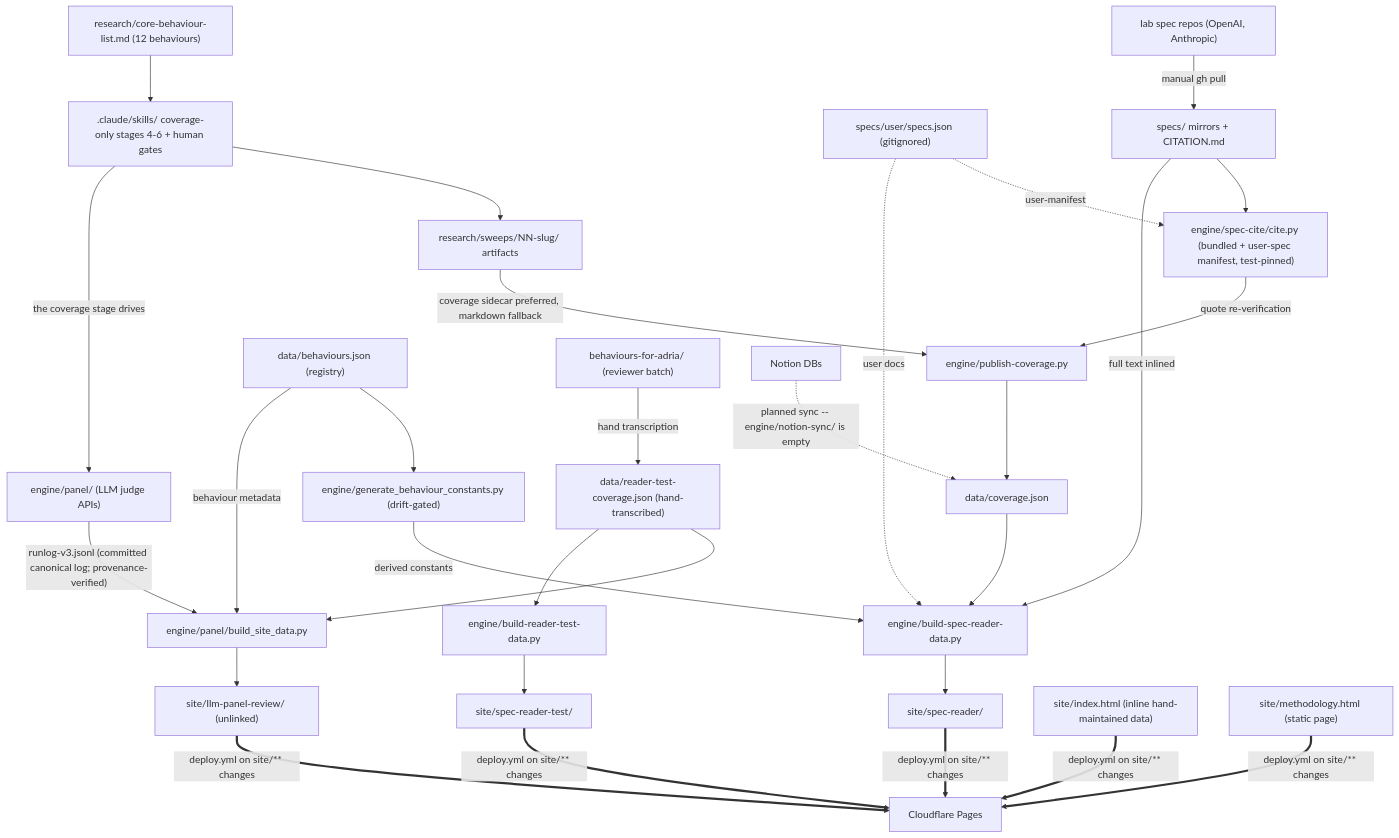
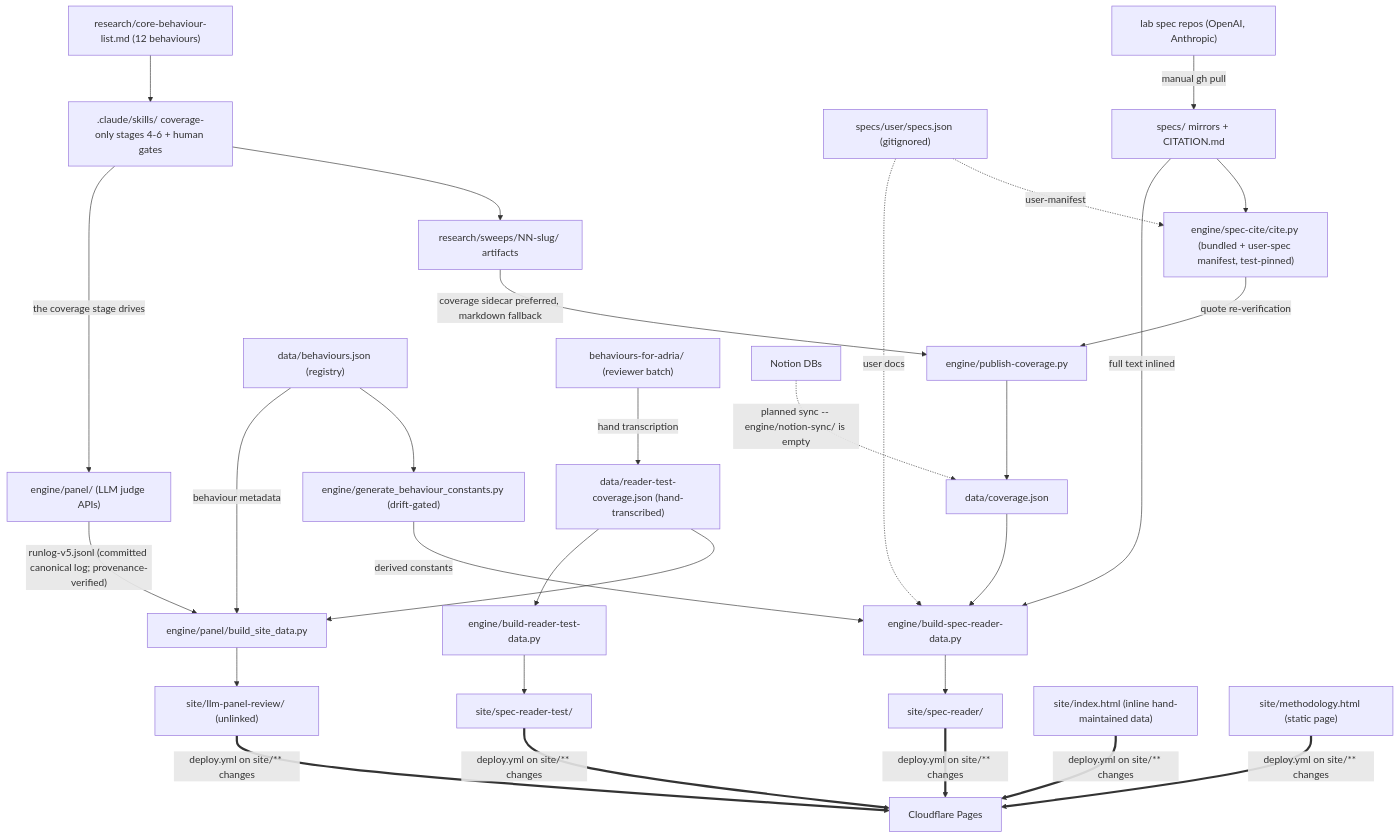
The diagram in SYSTEM.md (AndresCotton/ai-character-index), drawn with Mermaid before and after one commit. The commit also changed other lines of this file and 17 other files, not shown here.

````diff
--- a/SYSTEM.md
+++ b/SYSTEM.md
@@ -13,29 +13,29 @@
 ```mermaid
 graph TB
   upstream["lab spec repos (OpenAI, Anthropic)"] -->|"manual gh pull"| specs["specs/ mirrors + CITATION.md"]
   specs --> cite["engine/spec-cite/cite.py (bundled + user-spec manifest, test-pinned)"]
   um["specs/user/specs.json (gitignored)"] -.->|user-manifest| cite
   core["research/core-behaviour-list.md (12 behaviours)"] --> skills[".claude/skills/ coverage-only stages 4-6 + human gates"]
   skills --> sweeps["research/sweeps/NN-slug/ artifacts"]
   skills -->|"the coverage stage drives"| panel["engine/panel/ (LLM judge APIs)"]
   sweeps -->|"coverage sidecar preferred, markdown fallback"| pub["engine/publish-coverage.py"]
   cite -->|"quote re-verification"| pub
   pub --> cov["data/coverage.json"]
-  panel -->|"runlog-v3.jsonl (committed canonical log; provenance-verified)"| bsd["engine/panel/build_site_data.py"]
+  panel -->|"runlog-v5.jsonl (committed canonical log; provenance-verified)"| bsd["engine/panel/build_site_data.py"]
   reg["data/behaviours.json (registry)"] --> gbc["engine/generate_behaviour_constants.py (drift-gated)"]
   reg -->|behaviour metadata| bsd
   gbc -->|derived constants| bsr
   rtc["data/reader-test-coverage.json (hand-transcribed)"] --> bsd
   rtc --> brt["engine/build-reader-test-data.py"]
   cov --> bsr["engine/build-spec-reader-data.py"]
   um -.->|user docs| bsr
   specs -->|"full text inlined"| bsr
   bsr --> reader["site/spec-reader/"]
   brt --> bench["site/spec-reader-test/"]
   bsd --> panelview["site/llm-panel-review/ (unlinked)"]
   adria["behaviours-for-adria/ (reviewer batch)"] -->|"hand transcription"| rtc
   proto["site/index.html (inline hand-maintained data)"]
   meth["site/methodology.html (static page)"]
   reader & bench & panelview & proto & meth ==>|"deploy.yml on site/** changes"| cf["Cloudflare Pages"]
   notion["Notion DBs"] -.->|"planned sync -- engine/notion-sync/ is empty"| cov
 ```
````
